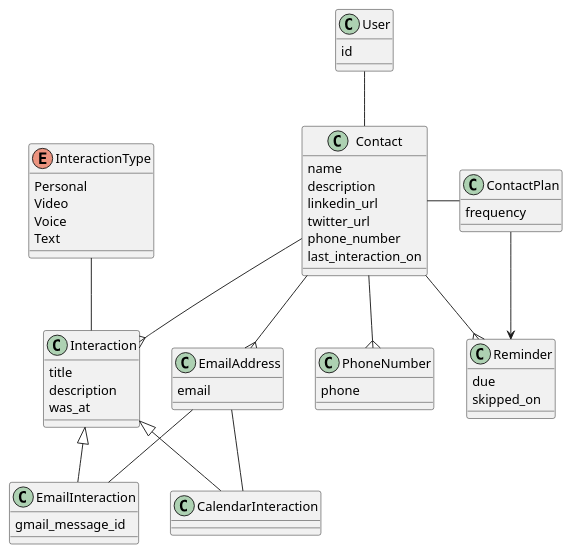
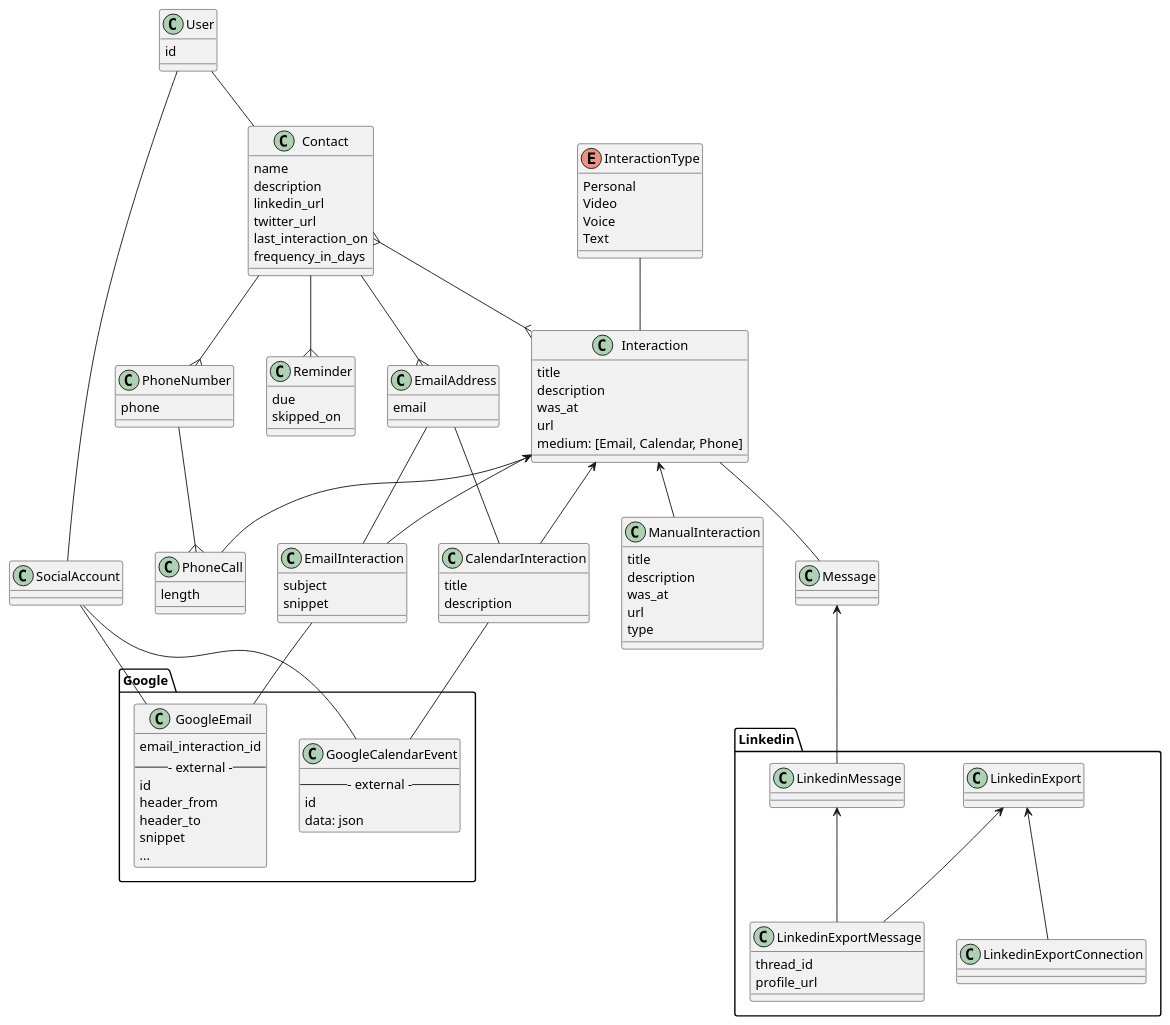
Before and after one commit to lorey/personal-crm: the diagram in .docs/models.plantuml, drawn with PlantUML. The commit also changed 9 other files, not shown here.

Commit message:
Extend data model and re-design google sync, closes #12, closes #13

```diff
--- a/.docs/models.plantuml
+++ b/.docs/models.plantuml
@@ -1,63 +1,127 @@
 @startuml
+
 class User {
     id
 }
+
+class SocialAccount
+User -- SocialAccount
 
 class Contact {
     name
     description
     linkedin_url
     twitter_url
-    phone_number
     last_interaction_on
+    frequency_in_days
 }
 User -- Contact
 
 class EmailAddress {
     email
 }
 Contact --{ EmailAddress
 
 class PhoneNumber {
     phone
 }
 Contact --{ PhoneNumber
 
-class ContactPlan {
-    frequency
-}
-Contact - ContactPlan
-
 class Reminder {
     due
     skipped_on
 }
 Contact --{ Reminder
-ContactPlan --> Reminder
-
-class Interaction {
-    title
-    description
-    was_at
-}
-Contact --{ Interaction
 
 enum InteractionType {
     Personal
     Video
     Voice
     Text
 }
+
+class Interaction {
+    title
+    description
+    was_at
+    url
+    medium: [Email, Calendar, Phone]
+}
+Contact }-{ Interaction
 InteractionType -- Interaction
 
+class Message {}
+Interaction -- Message
+
 class EmailInteraction {
-    gmail_message_id
+    subject
+    snippet
 }
-Interaction <|-- EmailInteraction
+Interaction <-- EmailInteraction
 EmailAddress -- EmailInteraction
 
-class CalendarInteraction {}
-Interaction <|-- CalendarInteraction
+class CalendarInteraction {
+    title
+    description
+}
+Interaction <-- CalendarInteraction
 EmailAddress -- CalendarInteraction
 
+package Linkedin {
+    class LinkedinExport {}
+
+    class LinkedinExportMessage {
+        thread_id
+        profile_url
+    }
+    LinkedinExport <-- LinkedinExportMessage
+
+    class LinkedinExportConnection {}
+    LinkedinExport <-- LinkedinExportConnection
+
+    class LinkedinMessage {
+    }
+    LinkedinMessage <-- LinkedinExportMessage
+    Message <-- LinkedinMessage
+
+}
+
+class PhoneCall {
+    length
+}
+Interaction <-- PhoneCall
+PhoneNumber --{ PhoneCall
+
+class ManualInteraction {
+    title
+    description
+    was_at
+    url
+    type
+}
+Interaction <-- ManualInteraction
+
+package Google {
+    class GoogleEmail {
+        email_interaction_id
+        --- external ---
+        id
+        header_from
+        header_to
+        snippet
+        ...
+    }
+    EmailInteraction -- GoogleEmail
+
+    class GoogleCalendarEvent {
+        --- external ---
+        id
+        data: json
+    }
+    CalendarInteraction -- GoogleCalendarEvent
+
+    SocialAccount -- GoogleCalendarEvent
+    SocialAccount -- GoogleEmail
+}
+
 @enduml
```
